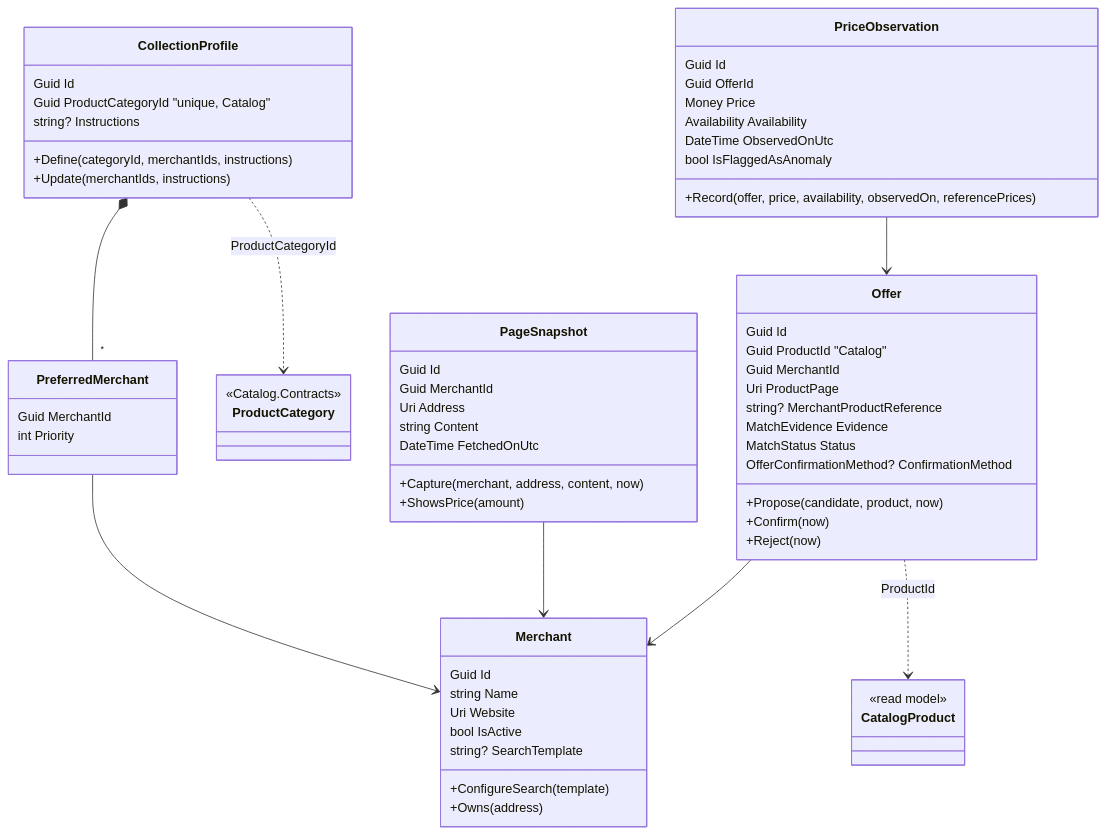
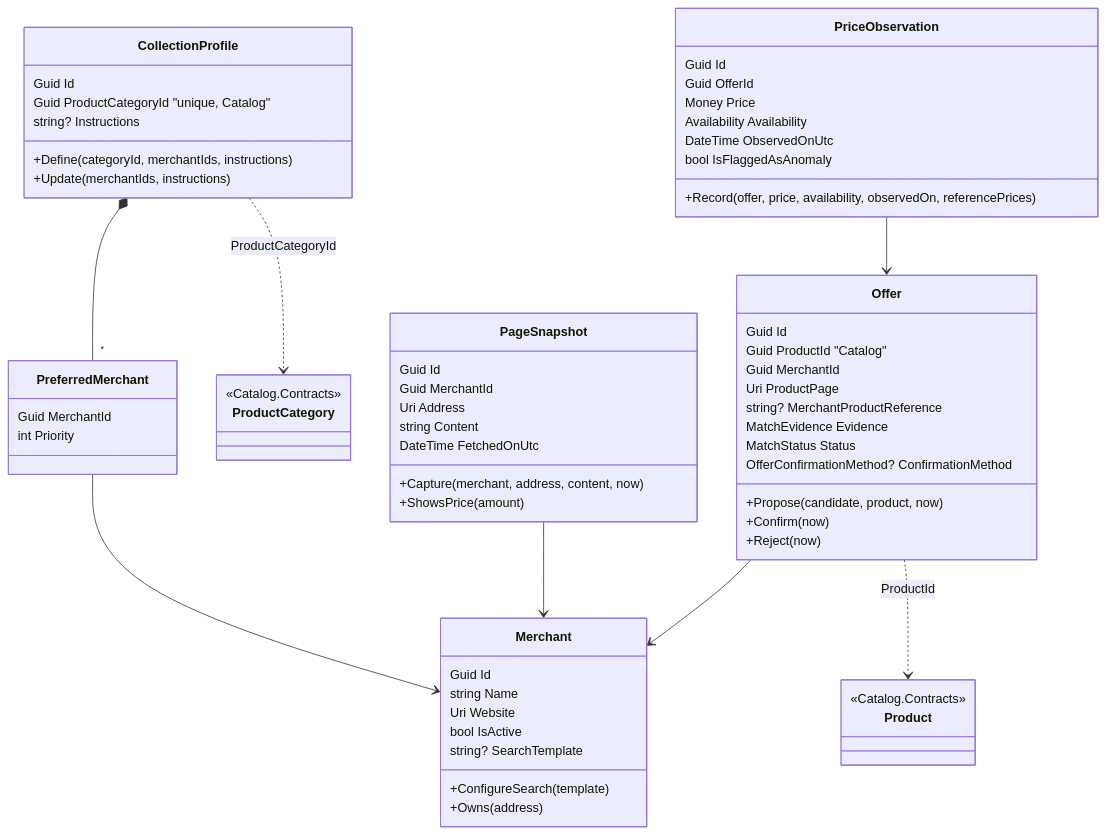
One commit to Dea972/Pricely changed the second of 3 diagrams in docs/architecture/model.md. Above: the diagram before and after it, drawn with Mermaid. The commit also changed other lines of this file and 102 other files, not shown here.

First line of the commit message:
refactor: ReadStore ports for queries, EF Core reads, product contract

````diff
--- a/docs/architecture/model.md
+++ b/docs/architecture/model.md
@@ -39,67 +39,67 @@
 ```mermaid
 classDiagram
     class Merchant {
         Guid Id
         string Name
         Uri Website
         bool IsActive
         string? SearchTemplate
         +ConfigureSearch(template)
         +Owns(address)
     }
     class CollectionProfile {
         Guid Id
         Guid ProductCategoryId  "unique, Catalog"
         string? Instructions
         +Define(categoryId, merchantIds, instructions)
         +Update(merchantIds, instructions)
     }
     class PreferredMerchant {
         Guid MerchantId
         int Priority
     }
     class Offer {
         Guid Id
         Guid ProductId  "Catalog"
         Guid MerchantId
         Uri ProductPage
         string? MerchantProductReference
         MatchEvidence Evidence
         MatchStatus Status
         OfferConfirmationMethod? ConfirmationMethod
         +Propose(candidate, product, now)
         +Confirm(now)
         +Reject(now)
     }
     class PriceObservation {
         Guid Id
         Guid OfferId
         Money Price
         Availability Availability
         DateTime ObservedOnUtc
         bool IsFlaggedAsAnomaly
         +Record(offer, price, availability, observedOn, referencePrices)
     }
     class PageSnapshot {
         Guid Id
         Guid MerchantId
         Uri Address
         string Content
         DateTime FetchedOnUtc
         +Capture(merchant, address, content, now)
         +ShowsPrice(amount)
     }
-    class CatalogProduct {
-        <<read model>>
+    class Product {
+        <<Catalog.Contracts>>
     }
     class ProductCategory {
         <<Catalog.Contracts>>
     }
     CollectionProfile *-- "*" PreferredMerchant
     PreferredMerchant --> Merchant
     Offer --> Merchant
     PriceObservation --> Offer
     PageSnapshot --> Merchant
-    Offer ..> CatalogProduct : ProductId
+    Offer ..> Product : ProductId
     CollectionProfile ..> ProductCategory : ProductCategoryId
 ```
````
